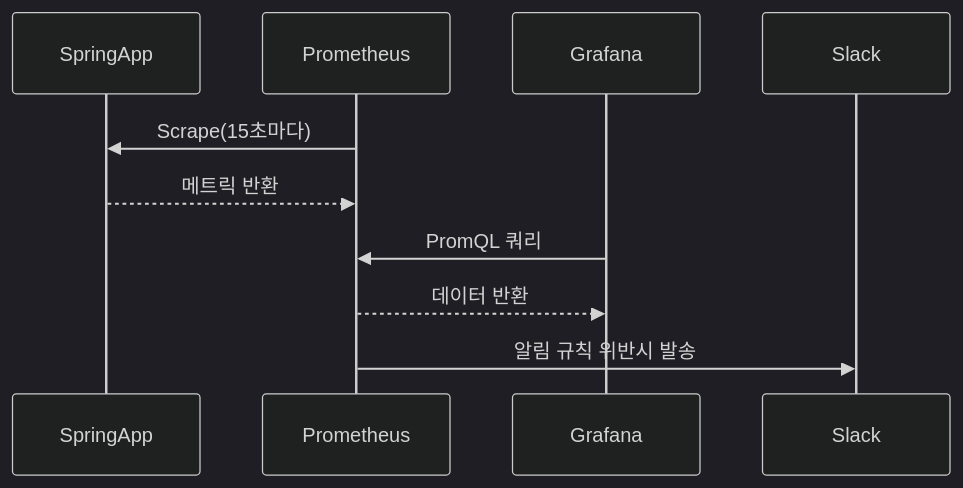
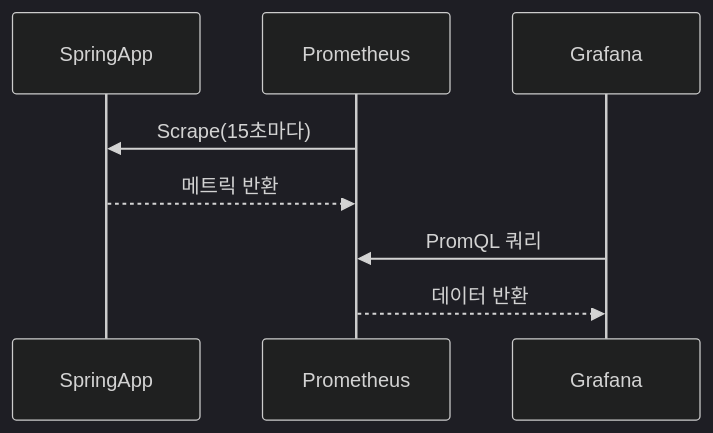
The second of 3 diagrams in _posts/monitoring/2026-05-01-monitoring-tools.md (yjkim2015/yjkim2015.github.io), drawn with Mermaid (dark theme) before and after one commit. The commit also changed 155 other files, not shown here.

First line of the commit message:
Mermaid 전면 수정: subgraph 제거, participant/노드/줄수 축소 (342블록)

````diff
--- a/_posts/monitoring/2026-05-01-monitoring-tools.md
+++ b/_posts/monitoring/2026-05-01-monitoring-tools.md
@@ -48,12 +48,10 @@
 ```mermaid
 sequenceDiagram
     participant APP as SpringApp
     participant PROM as Prometheus
     participant GRAF as Grafana
-    participant SLACK as Slack
     PROM->>APP: Scrape(15초마다)
     APP-->>PROM: 메트릭 반환
     GRAF->>PROM: PromQL 쿼리
     PROM-->>GRAF: 데이터 반환
-    PROM->>SLACK: 알림 규칙 위반시 발송
 ```
````
